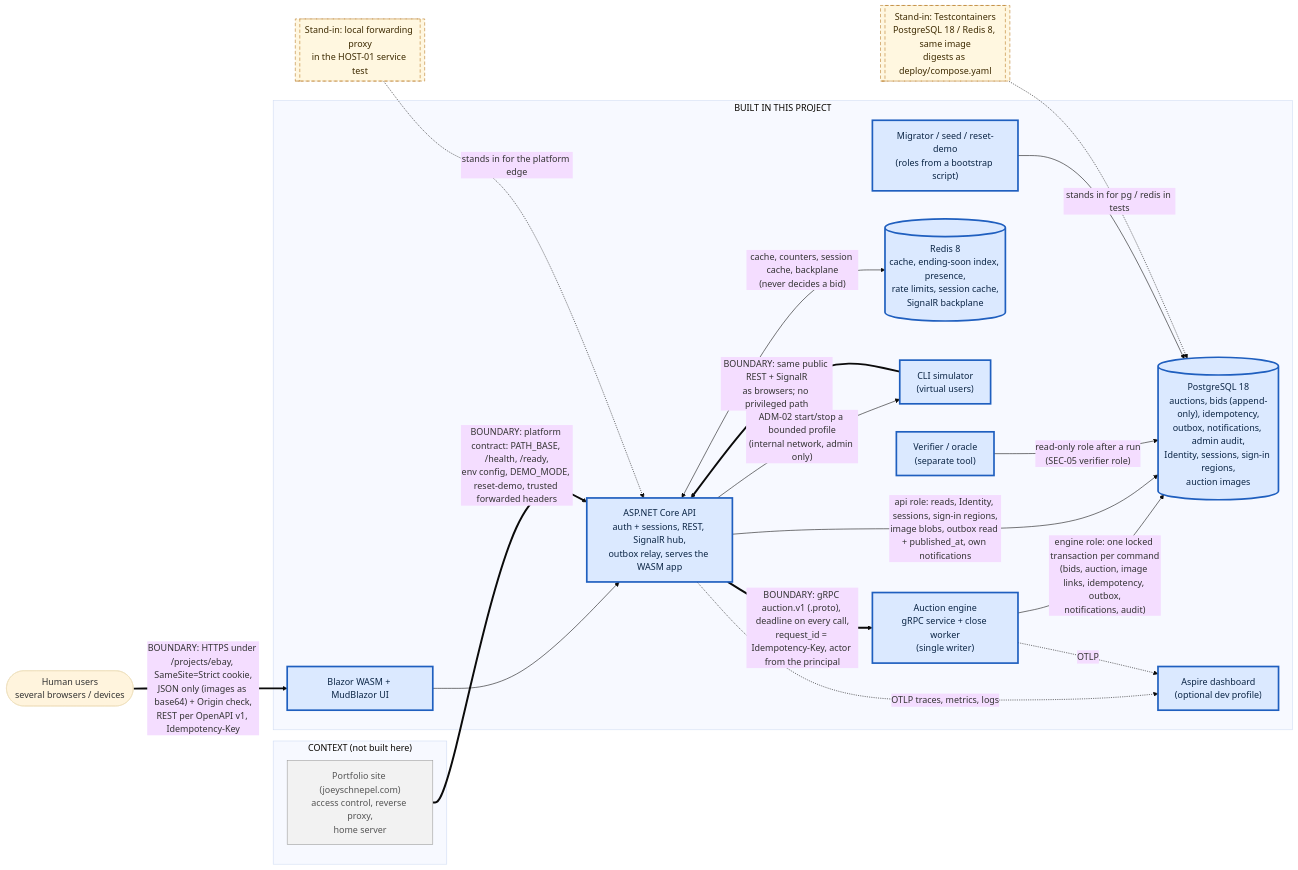
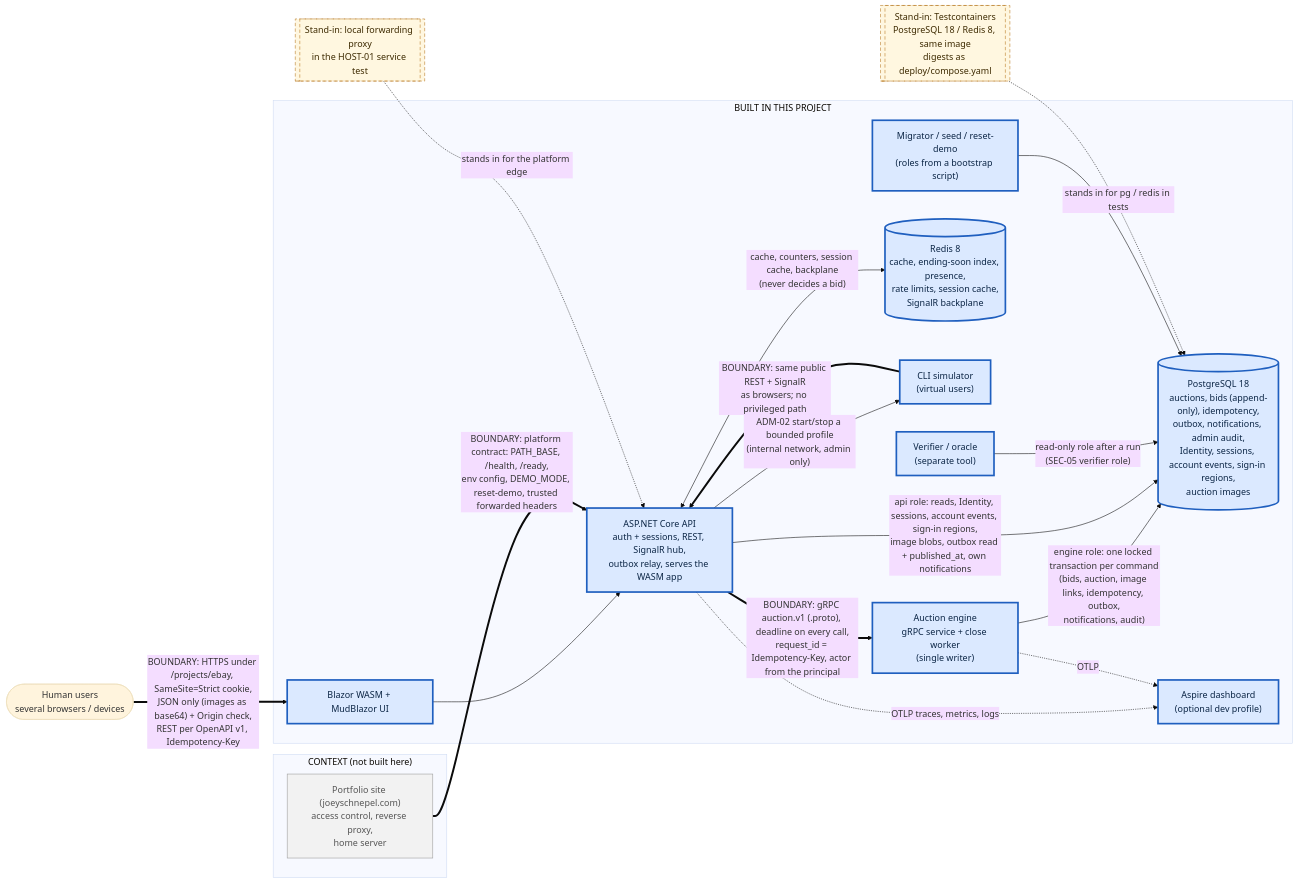
One commit to jschnepel/ebay changed the first of 3 diagrams in docs/architecture.md. Above: the diagram before and after it, drawn with Mermaid (base theme). The commit also changed other lines of this file and 1 other file, not shown here.

First line of the commit message:
docs: the event log, account events and user pages in the requirements and architecture

````diff
--- a/docs/architecture.md
+++ b/docs/architecture.md
@@ -18,43 +18,43 @@
 ```mermaid
 flowchart LR
   users([Human users<br/>several browsers / devices])
   subgraph mine["BUILT IN THIS PROJECT"]
     web["Blazor WASM + MudBlazor UI"]
     api["ASP.NET Core API<br/>auth + sessions, REST, SignalR hub,<br/>outbox relay, serves the WASM app"]
     engine["Auction engine<br/>gRPC service + close worker<br/>(single writer)"]
-    pg[("PostgreSQL 18<br/>auctions, bids (append-only), idempotency,<br/>outbox, notifications, admin audit,<br/>Identity, sessions, sign-in regions,<br/>auction images")]
+    pg[("PostgreSQL 18<br/>auctions, bids (append-only), idempotency,<br/>outbox, notifications, admin audit,<br/>Identity, sessions, account events, sign-in regions,<br/>auction images")]
     redis[("Redis 8<br/>cache, ending-soon index, presence,<br/>rate limits, session cache,<br/>SignalR backplane")]
     sim["CLI simulator<br/>(virtual users)"]
     verifier["Verifier / oracle<br/>(separate tool)"]
     migr["Migrator / seed / reset-demo<br/>(roles from a bootstrap script)"]
     otel["Aspire dashboard<br/>(optional dev profile)"]
   end
   subgraph ctx["CONTEXT (not built here)"]
     platform["Portfolio site (joeyschnepel.com)<br/>access control, reverse proxy,<br/>home server"]
   end
   tc[["Stand-in: Testcontainers<br/>PostgreSQL 18 / Redis 8, same image<br/>digests as deploy/compose.yaml"]]
   proxy[["Stand-in: local forwarding proxy<br/>in the HOST-01 service test"]]
 
   users ==>|"BOUNDARY: HTTPS under /projects/ebay, SameSite=Strict cookie,<br/>JSON only (images as base64) + Origin check,<br/>REST per OpenAPI v1, Idempotency-Key"| web
   web --> api
   sim ==>|"BOUNDARY: same public REST + SignalR<br/>as browsers; no privileged path"| api
   api -->|"ADM-02 start/stop a bounded profile<br/>(internal network, admin only)"| sim
   api ==>|"BOUNDARY: gRPC auction.v1 (.proto), deadline on every call,<br/>request_id = Idempotency-Key, actor from the principal"| engine
   engine -->|"engine role: one locked transaction per command<br/>(bids, auction, image links, idempotency, outbox,<br/>notifications, audit)"| pg
-  api -->|"api role: reads, Identity, sessions, sign-in regions,<br/>image blobs, outbox read + published_at, own notifications"| pg
+  api -->|"api role: reads, Identity, sessions, account events, sign-in regions,<br/>image blobs, outbox read + published_at, own notifications"| pg
   verifier -->|"read-only role after a run<br/>(SEC-05 verifier role)"| pg
   api <-->|"cache, counters, session cache, backplane<br/>(never decides a bid)"| redis
   api -.->|"OTLP traces, metrics, logs"| otel
   engine -.->|"OTLP"| otel
   migr --> pg
   platform ==>|"BOUNDARY: platform contract: PATH_BASE, /health, /ready,<br/>env config, DEMO_MODE, reset-demo, trusted forwarded headers"| api
   tc -.->|"stands in for pg / redis in tests"| pg
   proxy -.->|"stands in for the platform edge"| api
 
   classDef me fill:#dbe9ff,stroke:#1f5fbf,stroke-width:3px,color:#0b2545
   classDef ctxn fill:#f2f2f2,stroke:#9a9a9a,color:#555
   classDef stand fill:#fff7e0,stroke:#b7791f,stroke-dasharray:6 4,color:#3d2a00
   class web,api,engine,pg,redis,sim,verifier,migr,otel me
   class platform ctxn
   class tc,proxy stand
 ```
````
